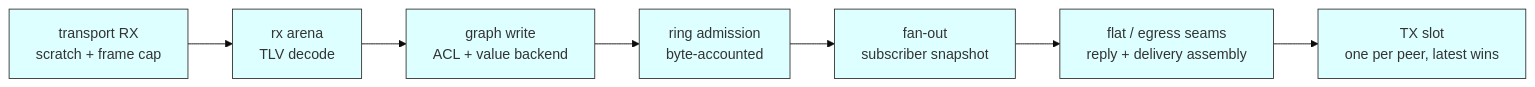
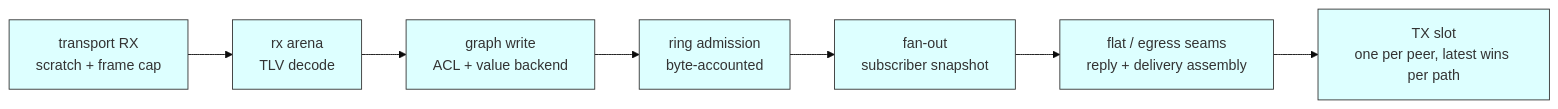
The diagram in docs/reference/22-backpressure-and-sizing.md (avatarsd-llc/libtracer), drawn with Mermaid (base theme) before and after one commit. The commit also changed other lines of this file and 6 other files, not shown here.

First line of the commit message:
httpd_ws: conflate the TX queue per path, never across paths (#2195)

````diff
--- a/docs/reference/22-backpressure-and-sizing.md
+++ b/docs/reference/22-backpressure-and-sizing.md
@@ -48,12 +48,12 @@
 ```mermaid
 flowchart LR
   RX["transport RX<br/>scratch + frame cap"] --> ARENA["rx arena<br/>TLV decode"]
   ARENA --> GW["graph write<br/>ACL + value backend"]
   GW --> RING["ring admission<br/>byte-accounted"]
   RING --> FAN["fan-out<br/>subscriber snapshot"]
   FAN --> FLAT["flat / egress seams<br/>reply + delivery assembly"]
-  FLAT --> TX["TX slot<br/>one per peer, latest wins"]
+  FLAT --> TX["TX slot<br/>one per peer, latest wins per path"]
 
   classDef stage fill:#dff,stroke:#333
   class RX,ARENA,GW,RING,FAN,FLAT,TX stage
 ```
````
